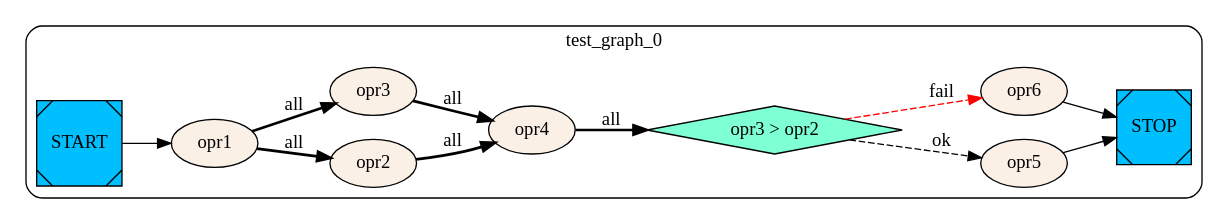
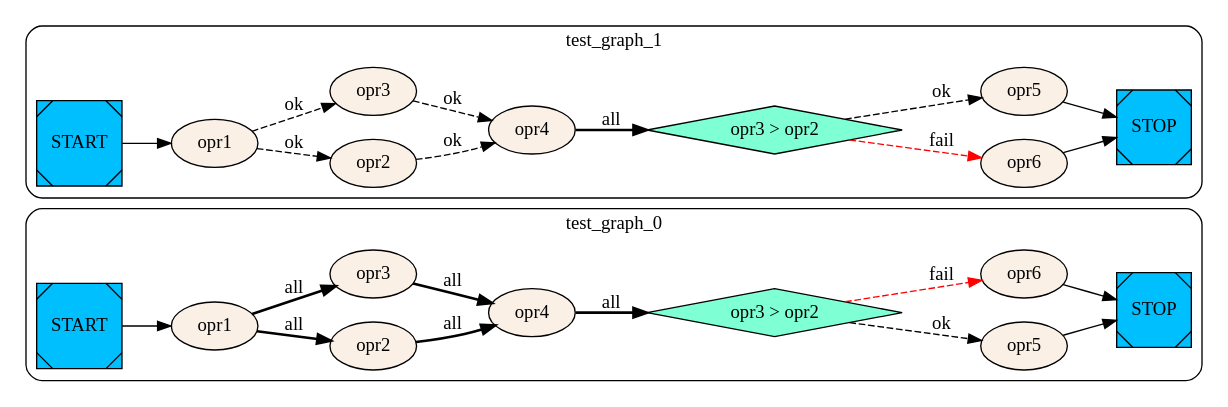
Before and after one commit to MisakiOfScut/go-dage: the diagram in examples/script_visual/example.toml.dot, drawn with Graphviz. The commit also changed 5 other files, not shown here.

```diff
--- a/examples/script_visual/example.toml.dot
+++ b/examples/script_visual/example.toml.dot
@@ -1,27 +1,51 @@
 digraph G {
 rankdir=LR;
 subgraph cluster_test_graph_0 {
 style = rounded;
 label = "test_graph_0";
 test_graph_0__START__[color=black fillcolor=deepskyblue style=filled shape=Msquare label="START"];
 test_graph_0__STOP__[color=black fillcolor=deepskyblue style=filled shape=Msquare label="STOP"];
-test_graph_0_opr1 [label="opr1" color=black fillcolor=linen style=filled];
 test_graph_0_opr2 [label="opr2" color=black fillcolor=linen style=filled];
 test_graph_0_opr3 [label="opr3" color=black fillcolor=linen style=filled];
 test_graph_0_opr4 [label="opr4" color=black fillcolor=linen style=filled];
 test_graph_0_cond1 [label="opr3 > opr2" shape=diamond color=black fillcolor=aquamarine style=filled];
 test_graph_0_opr5 [label="opr5" color=black fillcolor=linen style=filled];
 test_graph_0_opr6 [label="opr6" color=black fillcolor=linen style=filled];
+test_graph_0_opr1 [label="opr1" color=black fillcolor=linen style=filled];
 
-test_graph_0_opr1 -> test_graph_0_opr2 [style=bold label="all"];
-test_graph_0_opr1 -> test_graph_0_opr3 [style=bold label="all"];
-test_graph_0_opr2 -> test_graph_0_opr4 [style=bold label="all"];
-test_graph_0_opr3 -> test_graph_0_opr4 [style=bold label="all"];
 test_graph_0_opr4 -> test_graph_0_cond1 [style=bold label="all"];
 test_graph_0_opr5 -> test_graph_0__STOP__;
 test_graph_0_cond1 -> test_graph_0_opr5 [style=dashed label="ok"];
 test_graph_0_opr6 -> test_graph_0__STOP__;
 test_graph_0_cond1 -> test_graph_0_opr6 [style=dashed color=red label="fail"];
 test_graph_0__START__ -> test_graph_0_opr1;
+test_graph_0_opr1 -> test_graph_0_opr2 [style=bold label="all"];
+test_graph_0_opr1 -> test_graph_0_opr3 [style=bold label="all"];
+test_graph_0_opr2 -> test_graph_0_opr4 [style=bold label="all"];
+test_graph_0_opr3 -> test_graph_0_opr4 [style=bold label="all"];
+};
+subgraph cluster_test_graph_1 {
+style = rounded;
+label = "test_graph_1";
+test_graph_1__START__[color=black fillcolor=deepskyblue style=filled shape=Msquare label="START"];
+test_graph_1__STOP__[color=black fillcolor=deepskyblue style=filled shape=Msquare label="STOP"];
+test_graph_1_opr6 [label="opr6" color=black fillcolor=linen style=filled];
+test_graph_1_opr1 [label="opr1" color=black fillcolor=linen style=filled];
+test_graph_1_opr2 [label="opr2" color=black fillcolor=linen style=filled];
+test_graph_1_opr3 [label="opr3" color=black fillcolor=linen style=filled];
+test_graph_1_opr4 [label="opr4" color=black fillcolor=linen style=filled];
+test_graph_1_cond1 [label="opr3 > opr2" shape=diamond color=black fillcolor=aquamarine style=filled];
+test_graph_1_opr5 [label="opr5" color=black fillcolor=linen style=filled];
+
+test_graph_1__START__ -> test_graph_1_opr1;
+test_graph_1_opr1 -> test_graph_1_opr2 [style=dashed label="ok"];
+test_graph_1_opr1 -> test_graph_1_opr3 [style=dashed label="ok"];
+test_graph_1_opr3 -> test_graph_1_opr4 [style=dashed label="ok"];
+test_graph_1_opr2 -> test_graph_1_opr4 [style=dashed label="ok"];
+test_graph_1_opr4 -> test_graph_1_cond1 [style=bold label="all"];
+test_graph_1_opr5 -> test_graph_1__STOP__;
+test_graph_1_cond1 -> test_graph_1_opr5 [style=dashed label="ok"];
+test_graph_1_opr6 -> test_graph_1__STOP__;
+test_graph_1_cond1 -> test_graph_1_opr6 [style=dashed color=red label="fail"];
 };
 }
```
